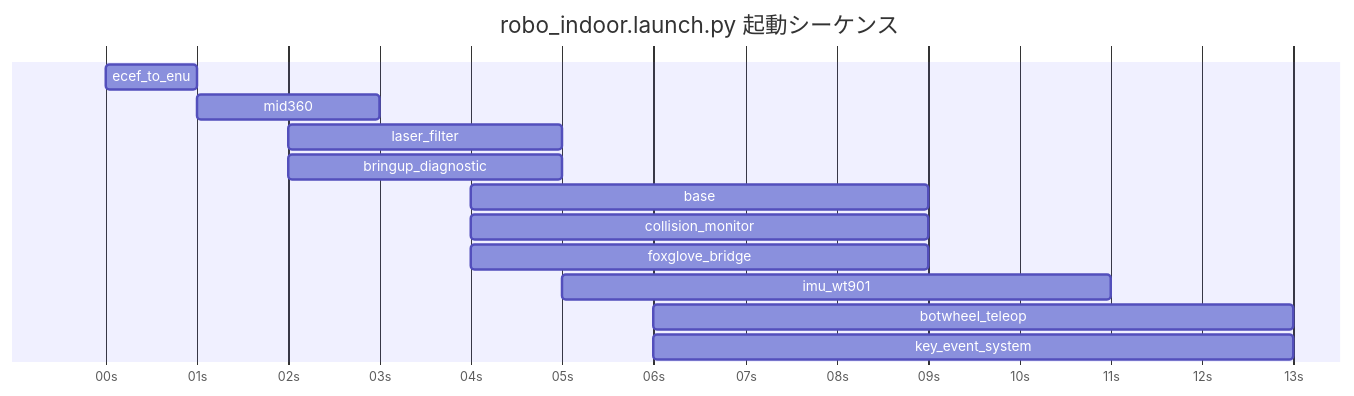
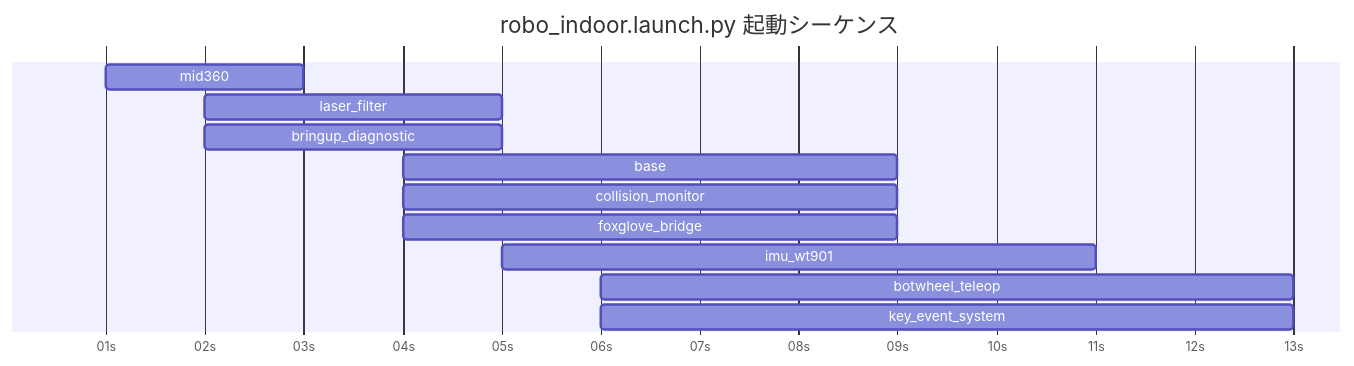
One commit to sato-susumu/susumu_robo changed the second of 2 diagrams in doc/node_topic_graph.md. Above: the diagram before and after it, drawn with Mermaid. The commit also changed other lines of this file and 2 other files, not shown here.

First line of the commit message:
Move ecef_to_enu to outdoor launch and update documentation

````diff
--- a/doc/node_topic_graph.md
+++ b/doc/node_topic_graph.md
@@ -120,17 +131,16 @@
 ```mermaid
 gantt
     title robo_indoor.launch.py 起動シーケンス
     dateFormat s
     axisFormat %Ss
 
-    ecef_to_enu         : 0, 1s
     mid360              : 1, 2s
     laser_filter        : 2, 3s
     bringup_diagnostic  : 2, 3s
     base                : 4, 5s
     collision_monitor   : 4, 5s
     foxglove_bridge     : 4, 5s
     imu_wt901           : 5, 6s
     botwheel_teleop     : 6, 7s
     key_event_system    : 6, 7s
 ```
````
